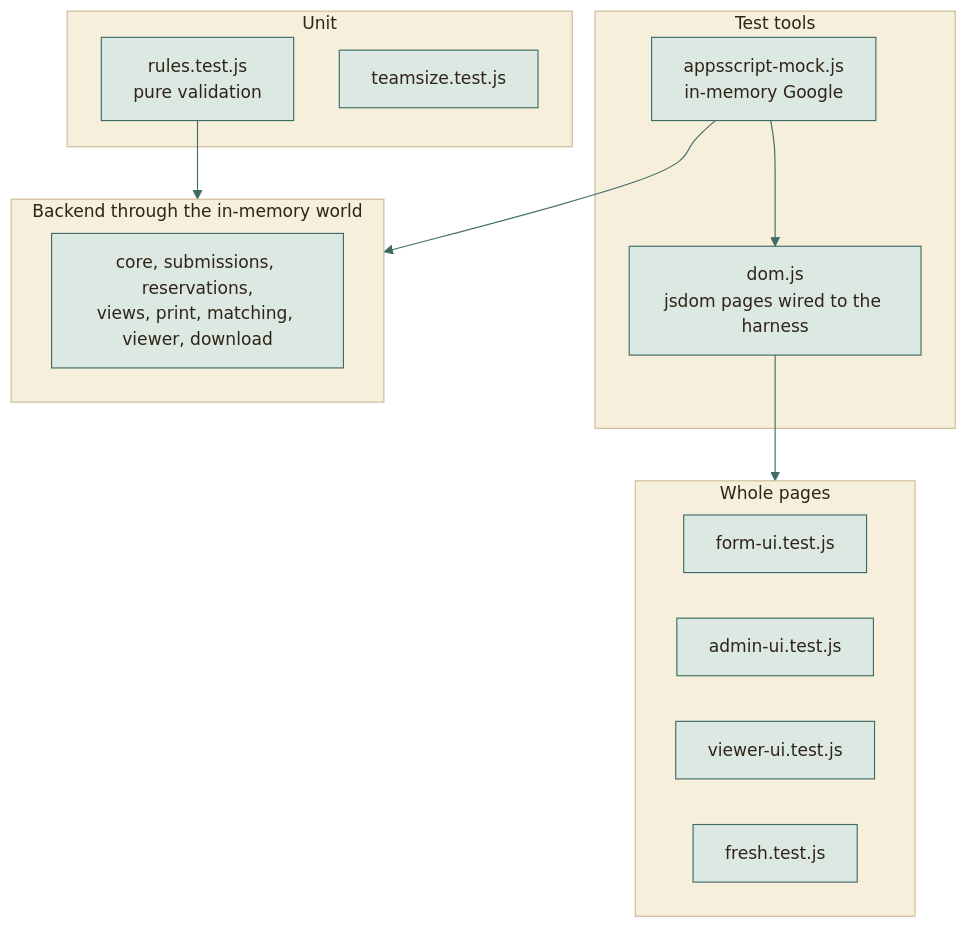
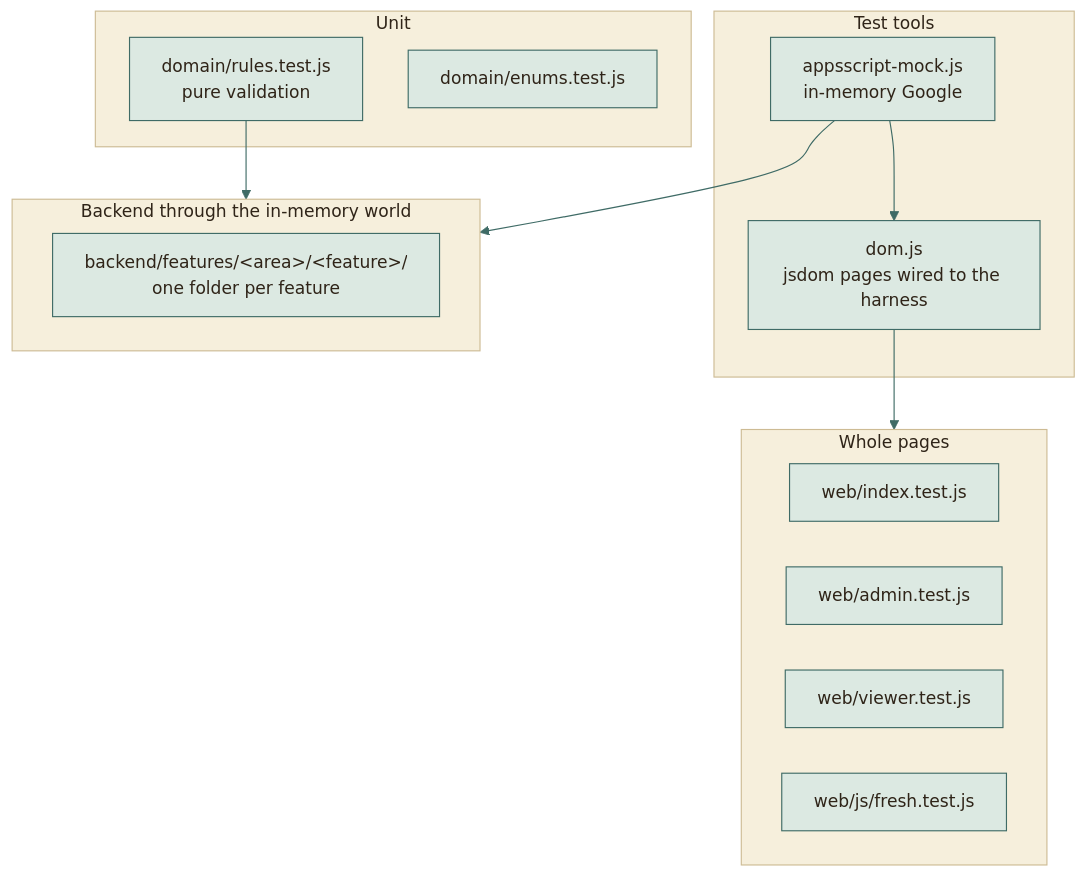
One commit to moyeh04/forms-platform changed the first of 2 diagrams in docs/process/TESTING.md. Above: the diagram before and after it, drawn with Mermaid. The commit also changed other lines of this file and 51 other files, not shown here.

````diff
--- a/docs/process/TESTING.md
+++ b/docs/process/TESTING.md
@@ -13,53 +13,53 @@
 ```mermaid
 %%{init: {
   'theme': 'base',
   'themeVariables': {
     'fontFamily': 'ui-sans-serif, system-ui, -apple-system, Segoe UI, Roboto, sans-serif',
     'fontSize': '15px',
     'primaryColor': '#DCE9E2', 'primaryBorderColor': '#3F6B66', 'primaryTextColor': '#2F2418',
     'secondaryColor': '#F0E4C8', 'secondaryBorderColor': '#C9A24A', 'secondaryTextColor': '#2F2418',
     'tertiaryColor': '#F6EFDC', 'tertiaryBorderColor': '#CDBB94', 'tertiaryTextColor': '#2F2418',
     'lineColor': '#3F6B66', 'textColor': '#2F2418', 'mainBkg': '#DCE9E2', 'nodeBorder': '#3F6B66',
     'clusterBkg': '#F6EFDC', 'clusterBorder': '#CDBB94', 'titleColor': '#2F2418',
     'edgeLabelBackground': '#F8F1DD',
     'actorBkg': '#DCE9E2', 'actorBorder': '#3F6B66', 'actorTextColor': '#2F2418', 'actorLineColor': '#8FB3AB',
     'signalColor': '#477A73', 'signalTextColor': '#477A73',
     'labelBoxBkgColor': '#F0E4C8', 'labelBoxBorderColor': '#C9A24A', 'labelTextColor': '#2F2418', 'loopTextColor': '#6A5A44',
     'noteBkgColor': '#FBEFC9', 'noteBorderColor': '#C9A24A', 'noteTextColor': '#2F2418',
     'activationBkgColor': '#DCE9E2', 'activationBorderColor': '#3F6B66', 'sequenceNumberColor': '#F8F1DD',
     'transitionColor': '#3F6B66', 'stateLabelColor': '#2F2418', 'stateBkg': '#DCE9E2', 'altBackground': '#F6EFDC',
     'attributeBackgroundColorOdd': '#F8F1DD', 'attributeBackgroundColorEven': '#F0E4C8'
   },
   'flowchart': {'curve': 'basis', 'padding': 14, 'nodeSpacing': 40, 'rankSpacing': 46},
   'sequence': {'mirrorActors': false, 'messageMargin': 34, 'boxMargin': 8}
 }}%%
 flowchart TD
     subgraph tools["Test tools"]
         harness["appsscript-mock.js<br/>in-memory Google"]
         dom["dom.js<br/>jsdom pages wired to the harness"]
     end
     subgraph units["Unit"]
-        rules["rules.test.js<br/>pure validation"]
-        team["teamsize.test.js"]
+        rules["domain/rules.test.js<br/>pure validation"]
+        enums["domain/enums.test.js"]
     end
     subgraph backend["Backend through the in-memory world"]
-        core["core, submissions, reservations,<br/>views, print, matching, viewer, download"]
+        core["backend/features/&lt;area&gt;/&lt;feature&gt;/<br/>one folder per feature"]
     end
     subgraph pages["Whole pages"]
-        fui["form-ui.test.js"]
-        aui["admin-ui.test.js"]
-        vui["viewer-ui.test.js"]
-        fresh["fresh.test.js"]
+        fui["web/index.test.js"]
+        aui["web/admin.test.js"]
+        vui["web/viewer.test.js"]
+        fresh["web/js/fresh.test.js"]
     end
 
     harness --> backend
     harness --> dom
     dom --> pages
     rules --> backend
     classDef cDb fill:#F3E2B3,stroke:#B8892D,stroke-width:1.5px,color:#2F2418
     classDef cActor fill:#F4D9D3,stroke:#9A3328,stroke-width:1.5px,color:#2F2418
     classDef cDec fill:#FBEFC9,stroke:#C9A24A,stroke-width:1.5px,color:#2F2418
     classDef cEnd fill:#2F2418,stroke:#2F2418,color:#F8F1DD
     classDef cErr fill:#F6D5CF,stroke:#A12B1F,stroke-width:1.5px,color:#5A140C
     classDef cOk fill:#BFD9CF,stroke:#2E5A55,stroke-width:1.5px,color:#17302D
 ```
````
